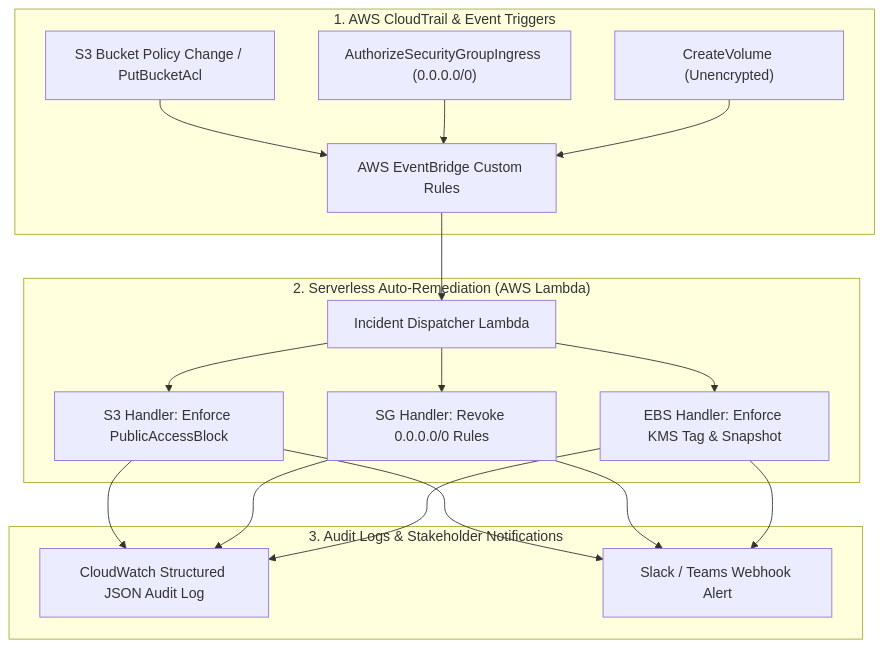
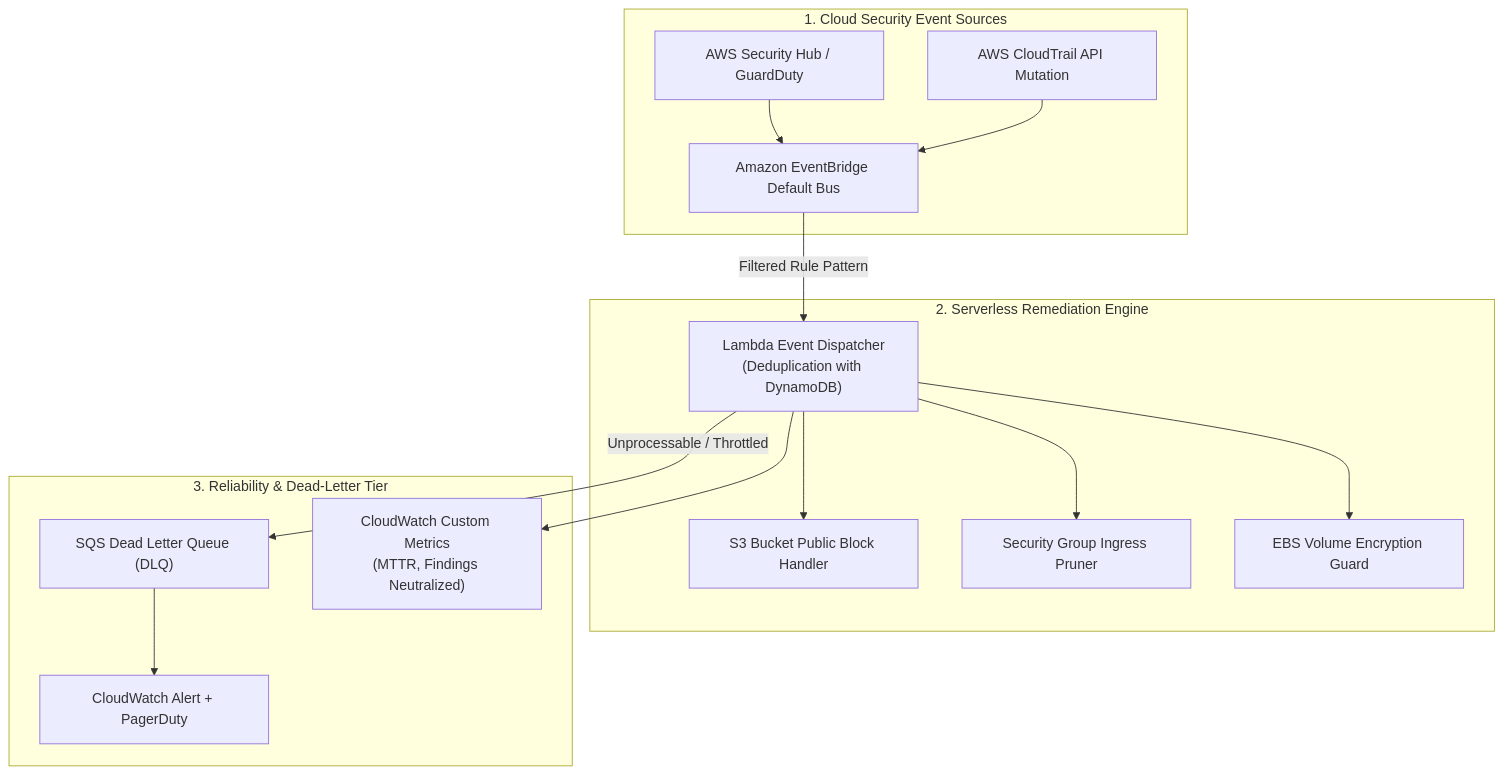
Before and after one commit to FreeFades2Black/serverless-cloud-autoremediation-engine: the diagram in README.md, drawn with Mermaid. The commit also changed other lines of this file and 7 other files, not shown here.

Commit message:
feat(ops): add EventBridge ADRs, DLQ triage runbook, recursive-loop RCA, and alerts

````diff
--- a/README.md
+++ b/README.md
@@ -35,21 +12,20 @@
 ```mermaid
 flowchart TD
-    subgraph CloudEvents ["1. AWS CloudTrail & Event Triggers"]
-        S3Evt["S3 Bucket Policy Change / PutBucketAcl"]
-        SGEvt["AuthorizeSecurityGroupIngress (0.0.0.0/0)"]
-        EBSEvt["CreateVolume (Unencrypted)"]
-        S3Evt & SGEvt & EBSEvt --> Bus["AWS EventBridge Custom Rules"]
+    subgraph EventSources ["1. Cloud Security Event Sources"]
+        SecHub["AWS Security Hub / GuardDuty"] --> EventBus["Amazon EventBridge Default Bus"]
+        CloudTrail["AWS CloudTrail API Mutation"] --> EventBus
     end
 
-    subgraph RemediationEngine ["2. Serverless Auto-Remediation (AWS Lambda)"]
-        Bus --> Router["Incident Dispatcher Lambda"]
-        Router --> H_S3["S3 Handler: Enforce PublicAccessBlock"]
-        Router --> H_SG["SG Handler: Revoke 0.0.0.0/0 Rules"]
-        Router --> H_EBS["EBS Handler: Enforce KMS Tag & Snapshot"]
+    subgraph RemediationEngine ["2. Serverless Remediation Engine"]
+        EventBus -->|Filtered Rule Pattern| Dispatcher["Lambda Event Dispatcher<br/>(Deduplication with DynamoDB)"]
+        Dispatcher --> S3Handler["S3 Bucket Public Block Handler"]
+        Dispatcher --> SGHandler["Security Group Ingress Pruner"]
+        Dispatcher --> EBSHandler["EBS Volume Encryption Guard"]
     end
 
-    subgraph Observability ["3. Audit Logs & Stakeholder Notifications"]
-        H_S3 & H_SG & H_EBS --> CW["CloudWatch Structured JSON Audit Log"]
-        H_S3 & H_SG & H_EBS --> Slack["Slack / Teams Webhook Alert"]
+    subgraph AssuranceTier ["3. Reliability & Dead-Letter Tier"]
+        Dispatcher -->|Unprocessable / Throttled| DLQ["SQS Dead Letter Queue (DLQ)"]
+        DLQ --> CloudWatch["CloudWatch Alert + PagerDuty"]
+        Dispatcher --> Metrics["CloudWatch Custom Metrics<br/>(MTTR, Findings Neutralized)"]
     end
 ```
````
